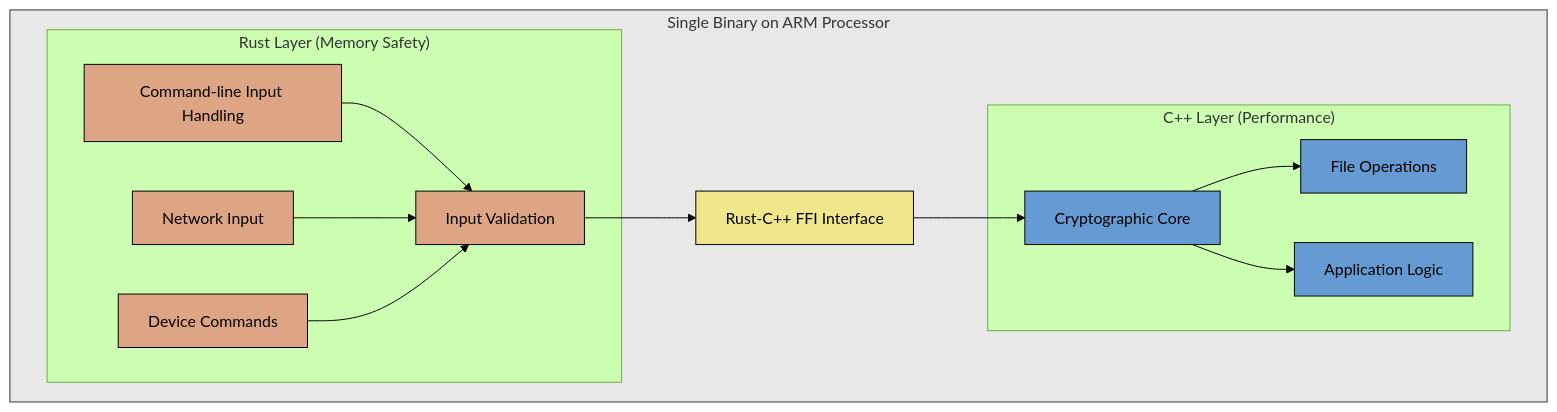
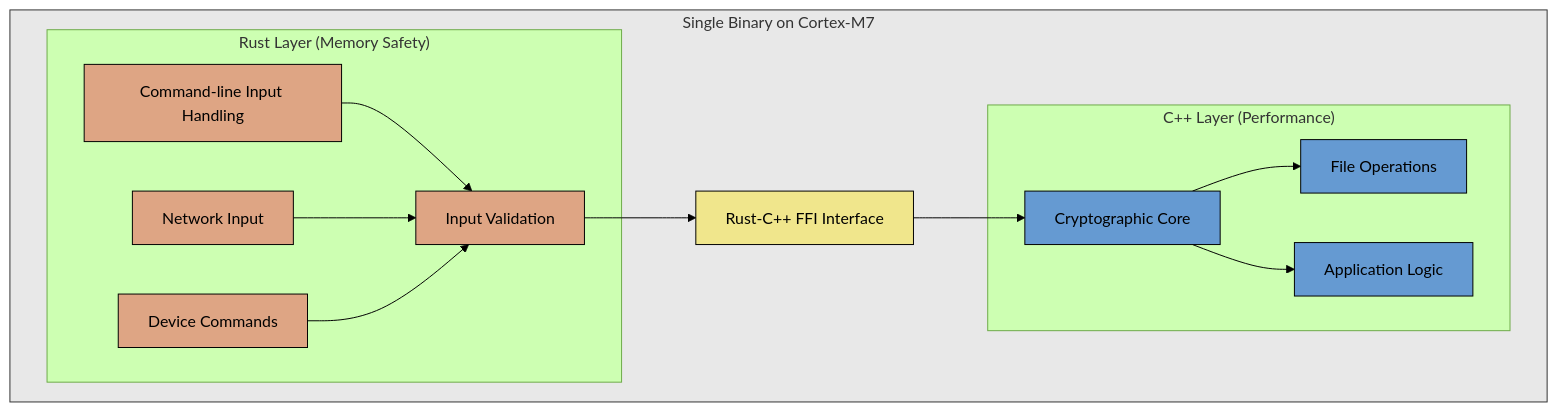
One commit to shahern004/CRUSTy-Core changed the first of 6 diagrams in Documentation/CRUSTY-Core_System_Design.md. Above: the diagram before and after it, drawn with Mermaid (forest theme).

````diff
--- a/Documentation/CRUSTY-Core_System_Design.md
+++ b/Documentation/CRUSTY-Core_System_Design.md
@@ -22,36 +22,36 @@
 ```mermaid
 flowchart TD
-    subgraph ARM["Single Binary on ARM Processor"]
+    subgraph ARM["Single Binary on Cortex-M7"]
 
         subgraph Rust["Rust Layer (Memory Safety)"]
             A["Command-line Input Handling"]
             B["Network Input                  "]
             C["Device Commands               "]
             D["Input Validation              "]
         end
         H["Rust-C++ FFI Interface"]
         subgraph CPP["C++ Layer (Performance)"]
             E["Cryptographic Core"]
             F["File Operations   "]
             G["Application Logic "]
         end
     end
     
     A-->D
     B-->D
     C-->D
     D-->H
     H-->E
     E-->F
     E-->G
     
     classDef rust fill:#dea584,stroke:#000,color:#000;
     classDef cpp fill:#659ad2,stroke:#000,color:#000;
     classDef ffi fill:#f0e68c,stroke:#000,color:#000;
     classDef arm fill:#e8e8e8,stroke:#333,color:#333,margin-top:40px;
     
     class A,B,C,D rust;
     class E,F,G cpp;
     class H ffi;
     class ARM arm;
 ```
````
